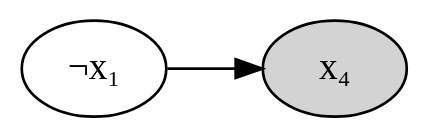
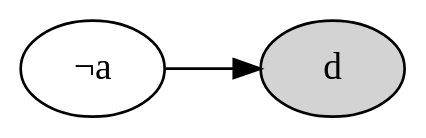
The diagram in sat-solvers/images/graph1x1.dot (vaibhavsagar/presentations), drawn with Graphviz before and after one commit. The commit also changed 21 other files, not shown here.

```diff
--- a/sat-solvers/images/graph1x1.dot
+++ b/sat-solvers/images/graph1x1.dot
@@ -1,10 +1,10 @@
 digraph {
-    x₁ [label="¬x₁"]
-    x₄ [style="filled"]
-    x₁ -> x₄
+    a [label="¬a"]
+    d [style="filled"]
+    a -> d
     rankdir="LR"
-    {rank=same; x₁}
+    {rank=same; a}
     overlap=false
     splines=true
     bgcolor=transparent
 }
```
